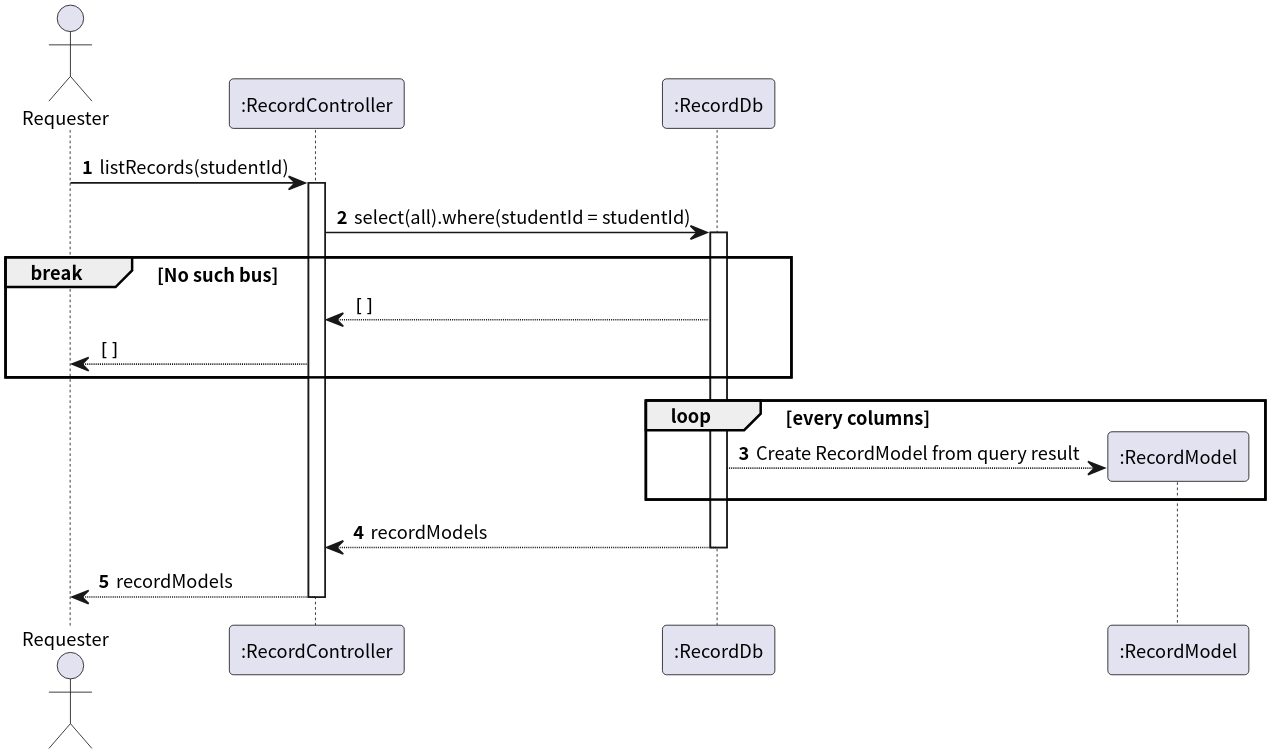
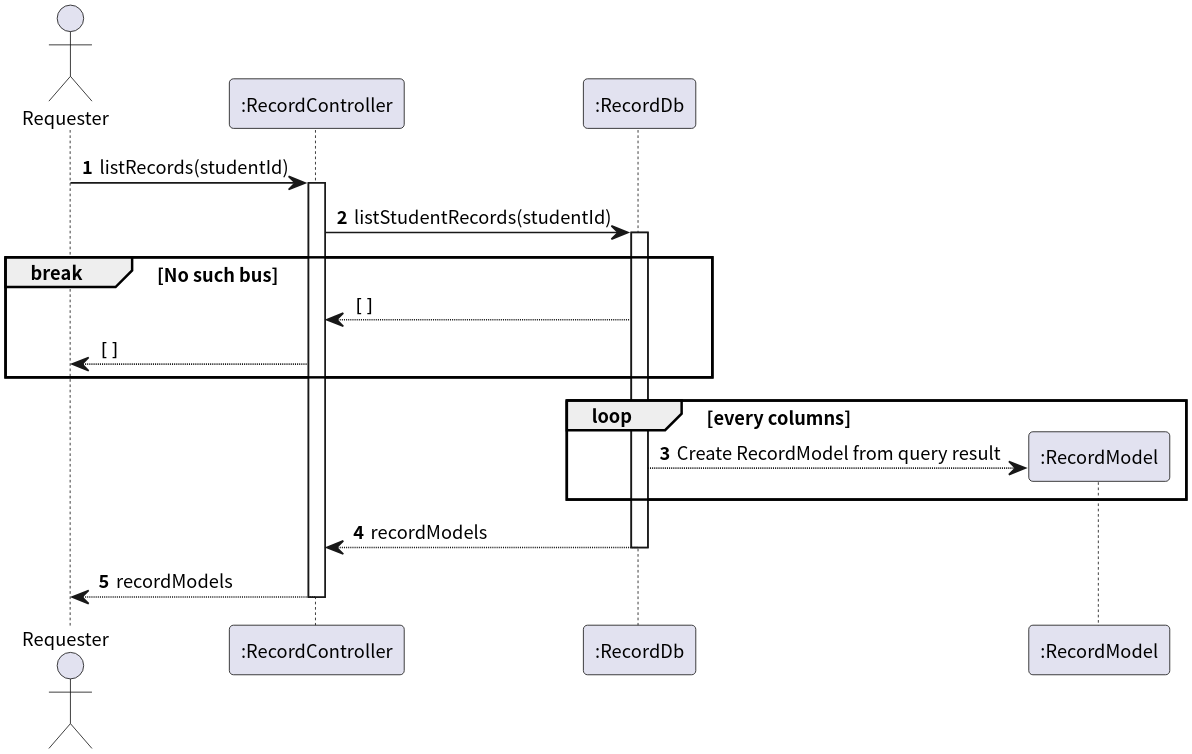
Before and after one commit to pan93412/nkust-homework: the sixth of 6 diagrams in semester-4/system-analysis/sequence-diagram.plantuml, drawn with PlantUML. The commit also changed other lines of this file and 1 other file, not shown here.

Commit message:
s4: system-analysis: update diagram

```diff
--- a/semester-4/system-analysis/sequence-diagram.plantuml
+++ b/semester-4/system-analysis/sequence-diagram.plantuml
@@ -193,31 +179,31 @@
 @startuml RecordListRecords
 
 autonumber
 skinparam dpi 300
 skinparam linetype ortho
 skinparam defaultFontSize 11
 skinparam defaultFontName "Noto Sans CJK TC"
 
 actor Requester as "Requester"
 participant RecordController as ":RecordController"
 participant RecordDb as ":RecordDb"
 
 Requester -> RecordController ++: listRecords(studentId)
-RecordController -> RecordDb ++: select(all).where(studentId = studentId)
+RecordController -> RecordDb ++: listStudentRecords(studentId)
 
 break No such bus
     autonumber stop
     RecordController <-- RecordDb: ""[]""
     Requester <-- RecordController: ""[]""
 end
 
 autonumber resume
 loop every columns
 create participant RecordModel as ":RecordModel"
 RecordDb --> RecordModel **: Create RecordModel from query result
 end
 
 return recordModels
 return recordModels
 
 @enduml
```
